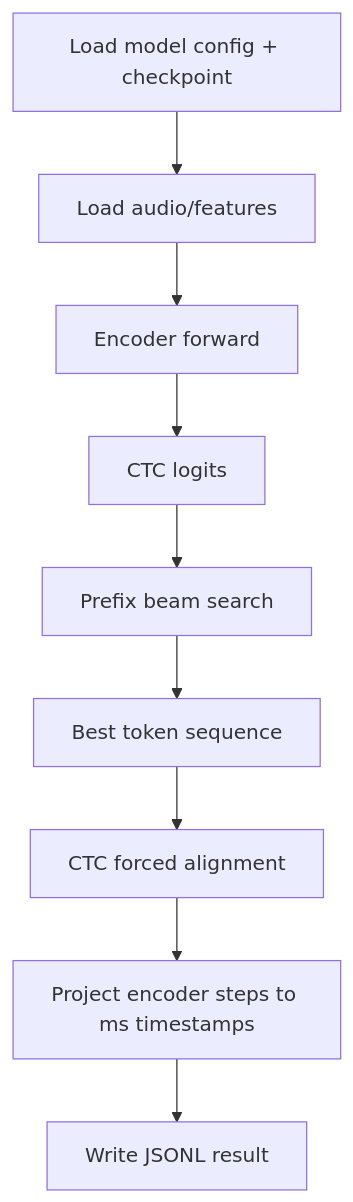
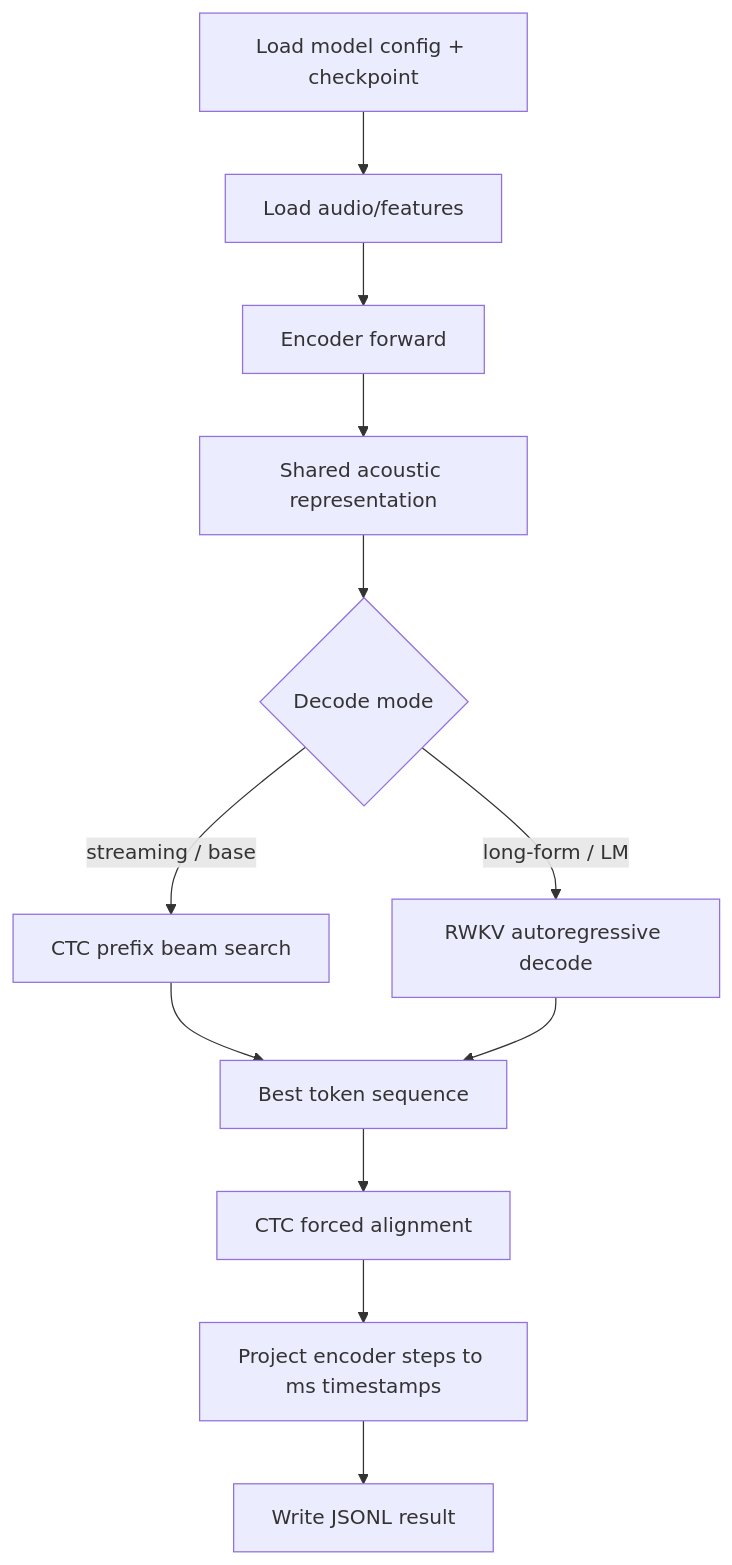
One commit to yynil/rwkvasr_longform_asr changed the ninth of 9 diagrams in README.md. Above: the diagram before and after it, drawn with Mermaid. The commit also changed other lines of this file, not shown here.

First line of the commit message:
docs: update README to match new ConvRWKV-CTC/RWKV architecture diagram

````diff
--- a/README.md
+++ b/README.md
@@ -148,11 +208,14 @@
 ```mermaid
 flowchart TD
     A[Load model config + checkpoint] --> B[Load audio/features]
     B --> C[Encoder forward]
-    C --> D[CTC logits]
-    D --> E[Prefix beam search]
-    E --> F[Best token sequence]
-    F --> G[CTC forced alignment]
-    G --> H[Project encoder steps to ms timestamps]
-    H --> I[Write JSONL result]
+    C --> D[Shared acoustic representation]
+    D --> E{Decode mode}
+    E -->|streaming / base| F[CTC prefix beam search]
+    E -->|long-form / LM| G[RWKV autoregressive decode]
+    F --> H[Best token sequence]
+    G --> H
+    H --> I[CTC forced alignment]
+    I --> J[Project encoder steps to ms timestamps]
+    J --> K[Write JSONL result]
 ```
````
